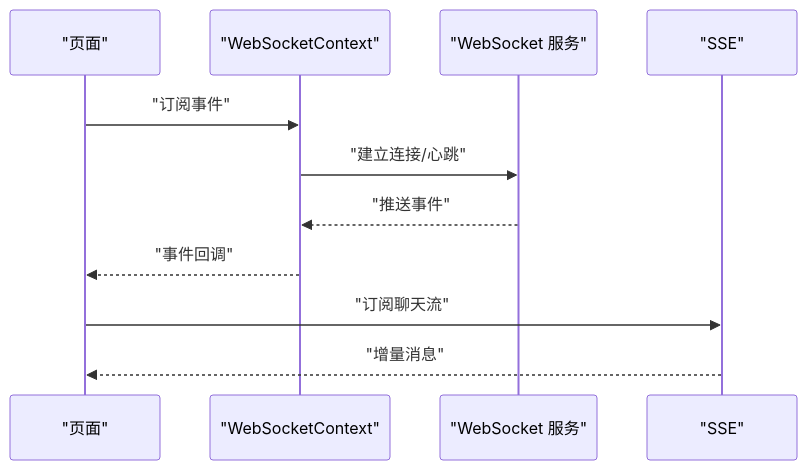
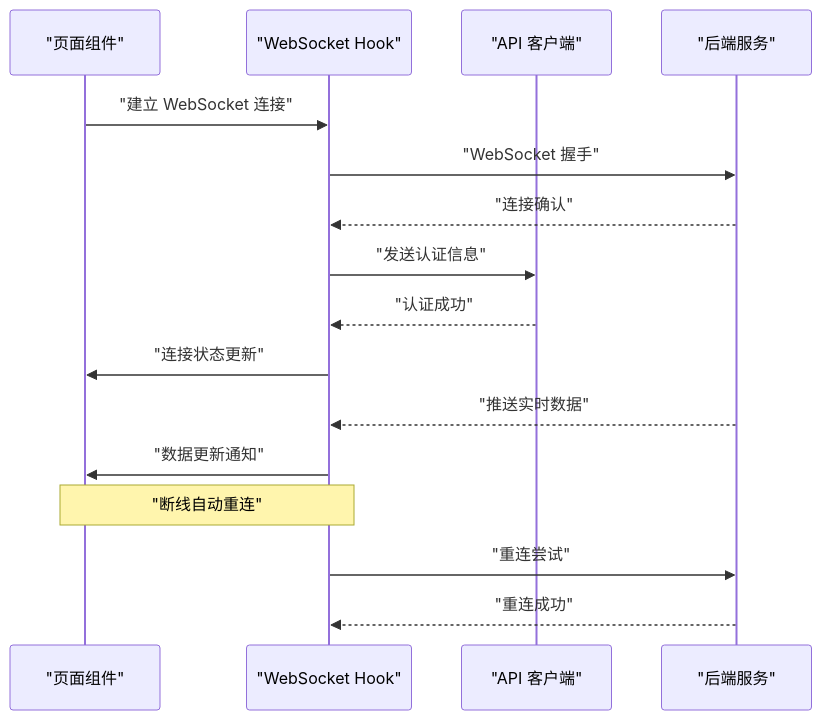
Before and after one commit to angledick/-: the eighth of 9 diagrams in .qoder/repowiki/zh/content/前端应用架构/前端应用架构.md, drawn with Mermaid. The commit also changed other lines of this file and 770 other files, not shown here.

````diff
--- a/.qoder/repowiki/zh/content/前端应用架构/前端应用架构.md
+++ b/.qoder/repowiki/zh/content/前端应用架构/前端应用架构.md
@@ -510,13 +434,18 @@
 ```mermaid
 sequenceDiagram
-participant Page as "页面"
-participant WSCTX as "WebSocketContext"
-participant WS as "WebSocket 服务"
-participant SSE as "SSE"
-Page->>WSCTX : "订阅事件"
-WSCTX->>WS : "建立连接/心跳"
-WS-->>WSCTX : "推送事件"
-WSCTX-->>Page : "事件回调"
-Page->>SSE : "订阅聊天流"
-SSE-->>Page : "增量消息"
+participant Page as "页面组件"
+participant WS as "WebSocket Hook"
+participant API as "API 客户端"
+participant Server as "后端服务"
+Page->>WS : "建立 WebSocket 连接"
+WS->>Server : "WebSocket 握手"
+Server-->>WS : "连接确认"
+WS->>API : "发送认证信息"
+API-->>WS : "认证成功"
+WS->>Page : "连接状态更新"
+Server-->>WS : "推送实时数据"
+WS->>Page : "数据更新通知"
+Note over WS,Page : "断线自动重连"
+WS->>Server : "重连尝试"
+Server-->>WS : "重连成功"
 ```
````
